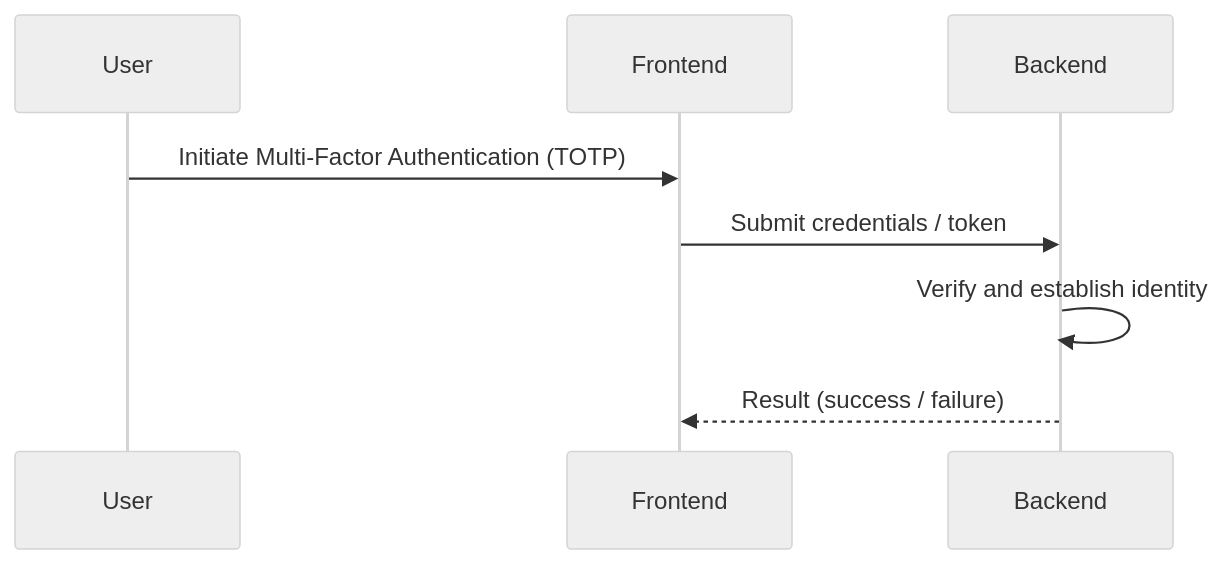
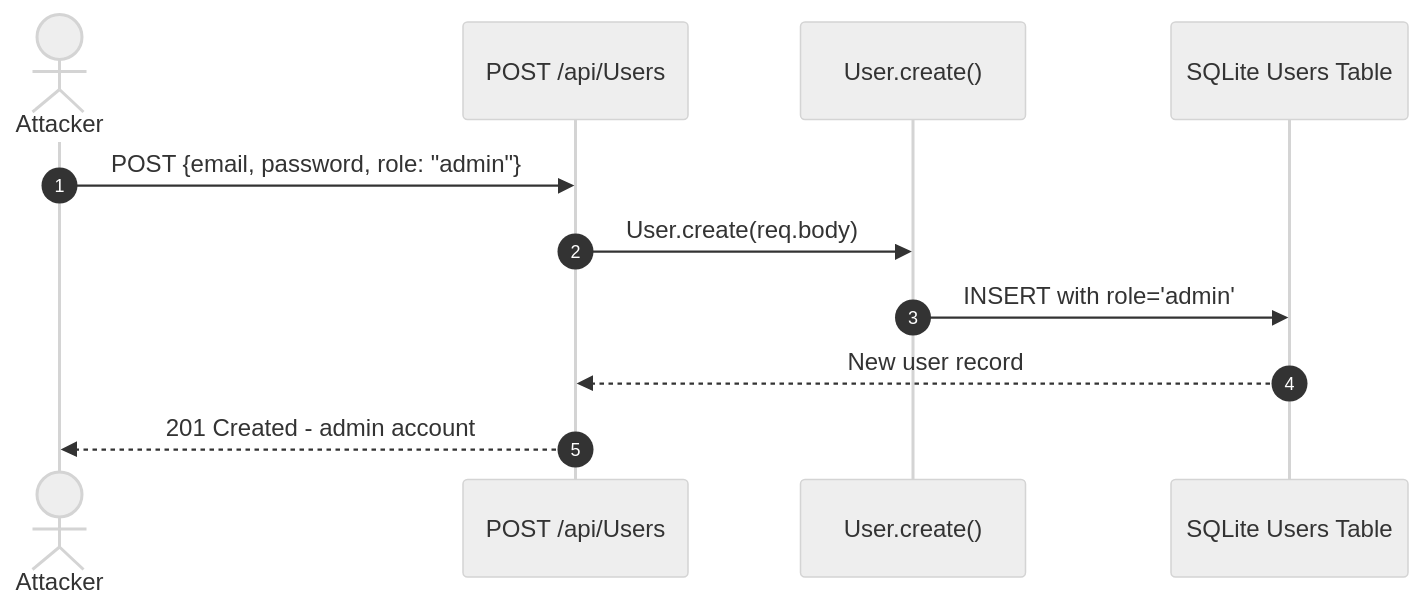
Diagram 18 of 21 in examples/threat-modeler/threat-model-juice-shop-standard.md (appsec-foundry/appsec-advisor), drawn with Mermaid (neutral theme) before and after one commit. The commit also changed other lines of this file and 2 other files, not shown here.

````diff
--- a/examples/threat-modeler/threat-model-juice-shop-standard.md
+++ b/examples/threat-modeler/threat-model-juice-shop-standard.md
@@ -1060,10 +1163,14 @@
 ```mermaid
 sequenceDiagram
-    participant U as User
-    participant FE as Frontend
-    participant API as Backend
-    U->>FE: Initiate Multi-Factor Authentication (TOTP)
-    FE->>API: Submit credentials / token
-    API->>API: Verify and establish identity
-    API-->>FE: Result (success / failure)
+    autonumber
+    actor Attacker
+    participant API as POST /api/Users
+    participant Model as User.create()
+    participant DB as SQLite Users Table
+
+    Attacker->>API: POST {email, password, role: "admin"}
+    API->>Model: User.create(req.body)
+    Model->>DB: INSERT with role='admin'
+    DB-->>API: New user record
+    API-->>Attacker: 201 Created - admin account
 ```
````
